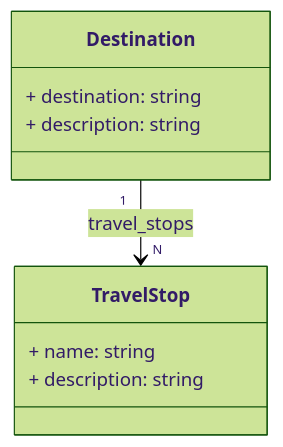
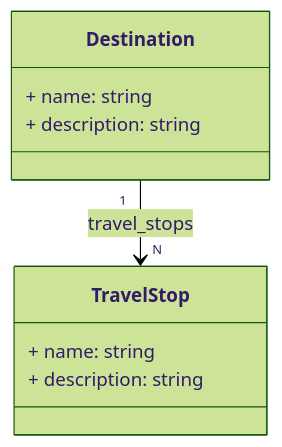
The diagram in README.md (guilhermesc-6/sb-final-project), drawn with Mermaid (forest theme) before and after one commit.

Commit message:
docs: update readme file

````diff
--- a/README.md
+++ b/README.md
@@ -5,14 +5,14 @@
 ```mermaid
 classDiagram
   class Destination {
-    + destination: string
+    + name: string
     + description: string
   }
 
   class TravelStop {
     + name: string
     + description: string
   }
 
   Destination "1" --> "N" TravelStop : travel_stops
 ```
````
